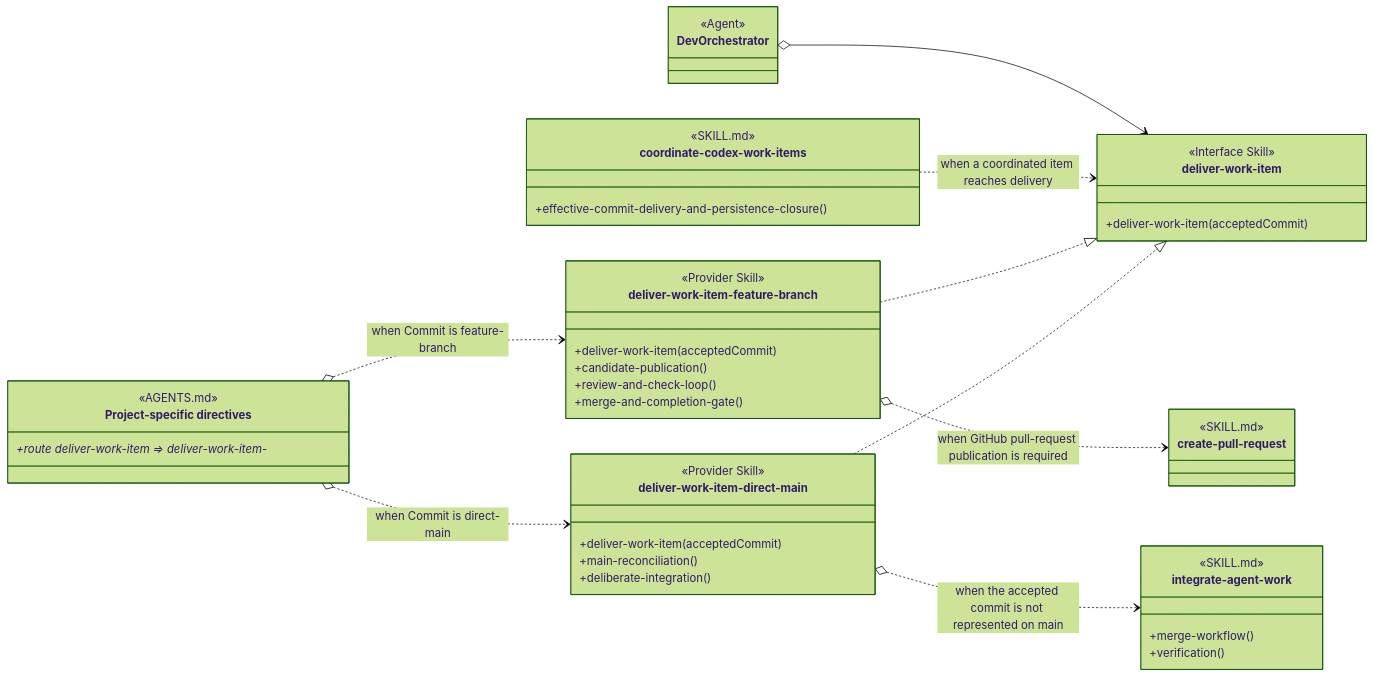
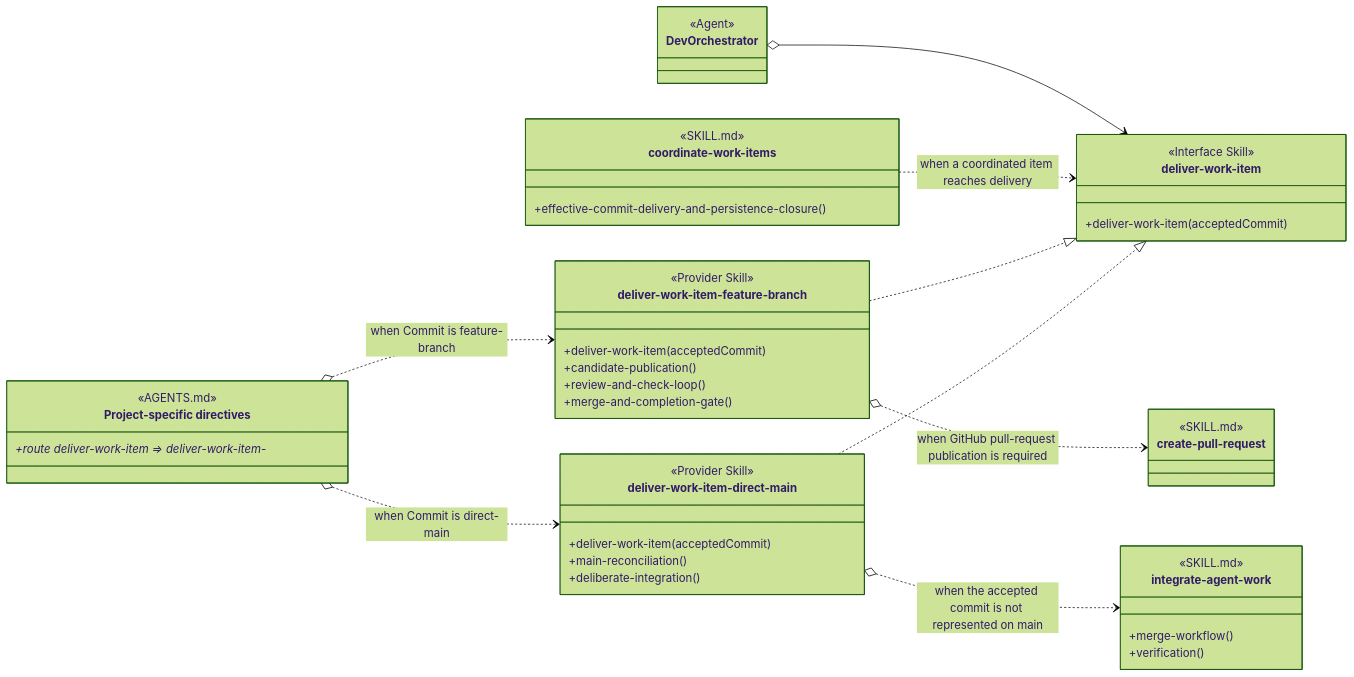
Before and after one commit to martinbechard/dev-methodology: the sixth of 6 diagrams in design/skill-groups/concurrent-tasking.md, drawn with Mermaid (forest theme). The commit also changed other lines of this file and 59 other files, not shown here.

First line of the commit message:
Integrate portable work-item coordination split

````diff
--- a/design/skill-groups/concurrent-tasking.md
+++ b/design/skill-groups/concurrent-tasking.md
@@ -445,60 +445,60 @@
 ```mermaid
 classDiagram
     direction LR
 
     class DevOrchestrator {
         <<Agent>>
     }
 
-    class coordinate-codex-work-items {
+    class coordinate-work-items {
         <<SKILL.md>>
         <<Agent Skill>>
         +effective-commit-delivery-and-persistence-closure()
     }
 
     class project-specific-directives["Project-specific directives"] {
         <<AGENTS.md>>
         <<routing>>
         +route deliver-work-item => deliver-work-item-*
     }
 
     class DeliverWorkItem["deliver-work-item"] {
         <<Interface Skill>>
         +deliver-work-item(acceptedCommit)
     }
 
     class deliver-work-item-feature-branch {
         <<Provider Skill>>
         +deliver-work-item(acceptedCommit)
         +candidate-publication()
         +review-and-check-loop()
         +merge-and-completion-gate()
     }
 
     class deliver-work-item-direct-main {
         <<Provider Skill>>
         <<Cross-group>>
         +deliver-work-item(acceptedCommit)
         +main-reconciliation()
         +deliberate-integration()
     }
 
     class create-pull-request {
         <<SKILL.md>>
     }
 
     class integrate-agent-work {
         <<SKILL.md>>
         +merge-workflow()
         +verification()
     }
 
     DevOrchestrator o--> DeliverWorkItem
-    coordinate-codex-work-items ..> DeliverWorkItem : when a coordinated item reaches delivery
+    coordinate-work-items ..> DeliverWorkItem : when a coordinated item reaches delivery
     project-specific-directives o..> deliver-work-item-feature-branch : when Commit is feature-branch
     project-specific-directives o..> deliver-work-item-direct-main : when Commit is direct-main
     deliver-work-item-feature-branch ..|> DeliverWorkItem
     deliver-work-item-direct-main ..|> DeliverWorkItem
     deliver-work-item-feature-branch o..> create-pull-request : when GitHub pull-request publication is required
     deliver-work-item-direct-main o..> integrate-agent-work : when the accepted commit is not represented on main
 ```
````
